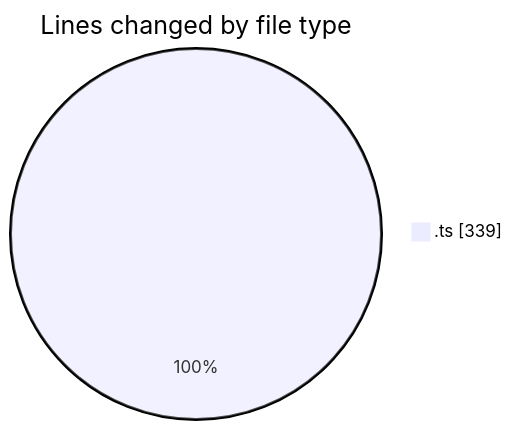
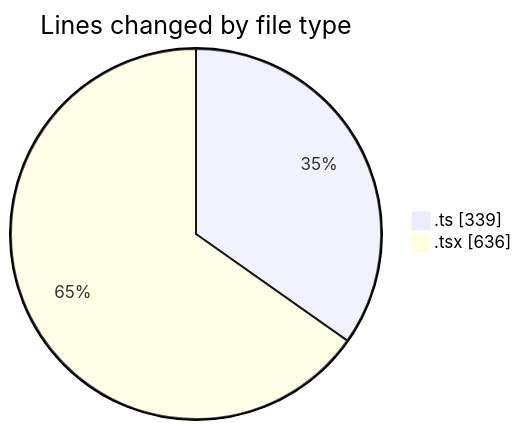
The first of 2 diagrams in 2026-10-21/cda/README.md (momahboobian/code-tracking), drawn with Mermaid before and after one commit. The commit also changed other lines of this file and 1 other file, not shown here.

````diff
--- a/2026-10-21/cda/README.md
+++ b/2026-10-21/cda/README.md
@@ -20,5 +21,6 @@
 ```mermaid
 pie showData
 title Lines changed by file type
 ".ts" : 339
+".tsx" : 636
 ```
````
